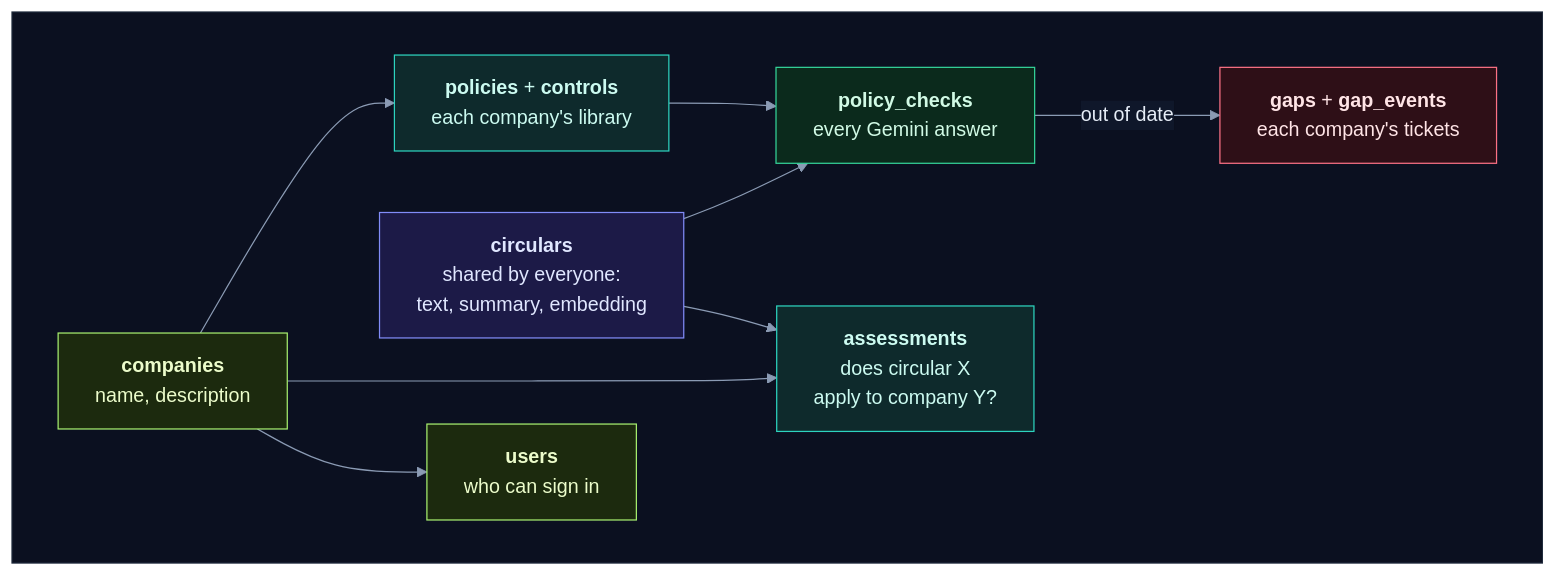
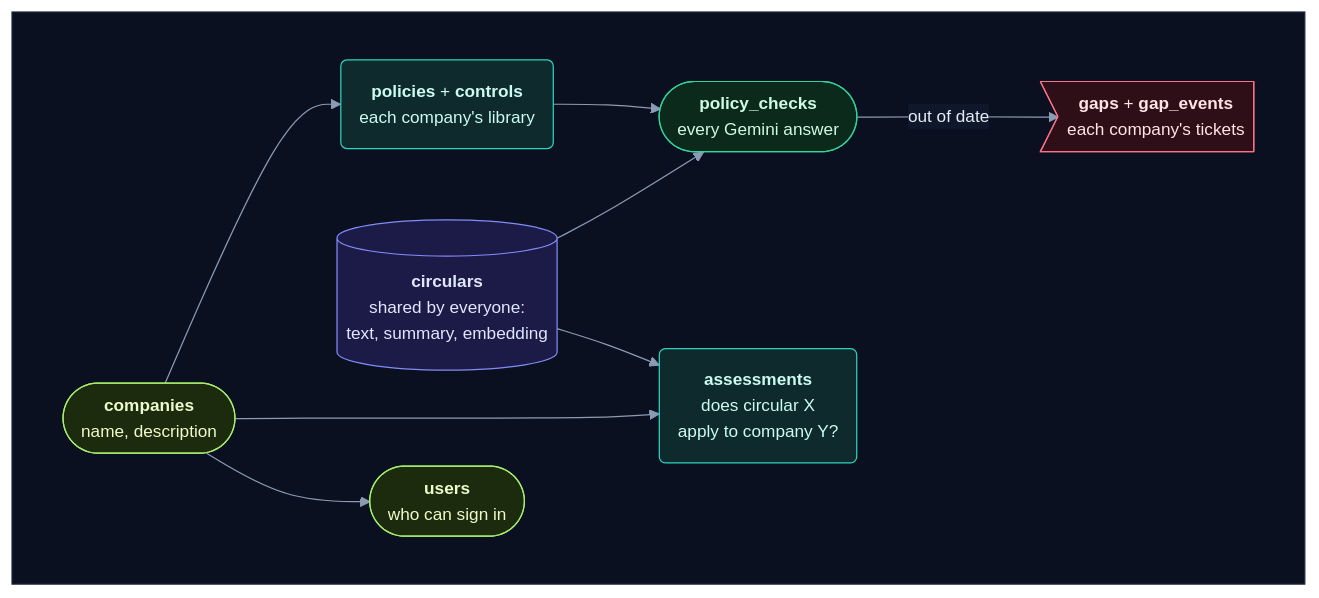
Diagram 14 of 21 in how_the_worker_works.md (selvakumarperumal/Regulatory_Circular_Impact_Agent), drawn with Mermaid before and after one commit. The commit also changed other lines of this file and 5 other files, not shown here.

Commit message:
Give the docs' flowcharts a shape per kind of part, more room and slightly smaller text

````diff
--- a/how_the_worker_works.md
+++ b/how_the_worker_works.md
@@ -900,30 +900,30 @@
 ```mermaid
-%%{init: {"theme": "base", "flowchart": {"diagramPadding": 0}, "themeVariables": {"darkMode": true, "primaryColor": "#16213a", "primaryTextColor": "#e6edf7", "primaryBorderColor": "#475a7a", "lineColor": "#8b9bb4", "secondaryColor": "#1b2436", "tertiaryColor": "#101a2e", "edgeLabelBackground": "#0f172a", "textColor": "#e2e8f0", "clusterBkg": "#0f1728", "clusterBorder": "#2b3a55", "titleColor": "#c4b5fd", "nodeTextColor": "#e6edf7"}}}%%
+%%{init: {"theme": "base", "flowchart": {"diagramPadding": 0, "nodeSpacing": 58, "rankSpacing": 58, "curve": "basis"}, "themeVariables": {"fontSize": "14px", "darkMode": true, "primaryColor": "#16213a", "primaryTextColor": "#e6edf7", "primaryBorderColor": "#475a7a", "lineColor": "#8b9bb4", "secondaryColor": "#1b2436", "tertiaryColor": "#101a2e", "edgeLabelBackground": "#0f172a", "textColor": "#e2e8f0", "clusterBkg": "#0f1728", "clusterBorder": "#2b3a55", "titleColor": "#c4b5fd", "nodeTextColor": "#e6edf7"}}}%%
 flowchart LR
     subgraph canvas[" "]
         direction LR
-        CO["<b>companies</b><br/>name, description"] --> US["<b>users</b><br/>who can sign in"]
-        CO --> AS["<b>assessments</b><br/>does circular X<br/>apply to company Y?"]
-        CI["<b>circulars</b><br/>shared by everyone:<br/>text, summary, embedding"] --> AS
-        CO --> PO["<b>policies</b> + <b>controls</b><br/>each company's library"]
-        PO --> PC["<b>policy_checks</b><br/>every Gemini answer"]
+        CO(["<b>companies</b><br/>name, description"]) --> US(["<b>users</b><br/>who can sign in"])
+        CO --> AS("<b>assessments</b><br/>does circular X<br/>apply to company Y?")
+        CI[("<b>circulars</b><br/>shared by everyone:<br/>text, summary, embedding")] --> AS
+        CO --> PO("<b>policies</b> + <b>controls</b><br/>each company's library")
+        PO --> PC(["<b>policy_checks</b><br/>every Gemini answer"])
         CI --> PC
-        PC -->|"out of date"| GA["<b>gaps</b> + <b>gap_events</b><br/>each company's tickets"]
+        PC -->|"out of date"| GA>"<b>gaps</b> + <b>gap_events</b><br/>each company's tickets"]
     end
     classDef svc fill:#0e2a2c,stroke:#2dd4bf,color:#ccfbf1
     classDef data fill:#1c1a47,stroke:#818cf8,color:#e0e7ff
     classDef ext fill:#2a1640,stroke:#c084fc,color:#f3e8ff
     classDef gpu fill:#2d1b0c,stroke:#fb923c,color:#ffedd5
     classDef ask fill:#2a2410,stroke:#fbbf24,color:#fef3c7
     classDef ok fill:#0b2a1c,stroke:#34d399,color:#d1fae5
     classDef bad fill:#2e0f17,stroke:#fb7185,color:#ffe4e6
     classDef start fill:#1c2a0e,stroke:#a7ef6f,color:#ecfccb
     classDef muted fill:#1a2130,stroke:#64748b,color:#cbd5e1
     classDef queue fill:#0c2231,stroke:#38bdf8,color:#e0f2fe
     class CO,US start
     class CI data
     class AS,PO svc
     class PC ok
     class GA bad
     style canvas fill:#0b1020,stroke:#1e293b,color:#0b1020
 ```
````
